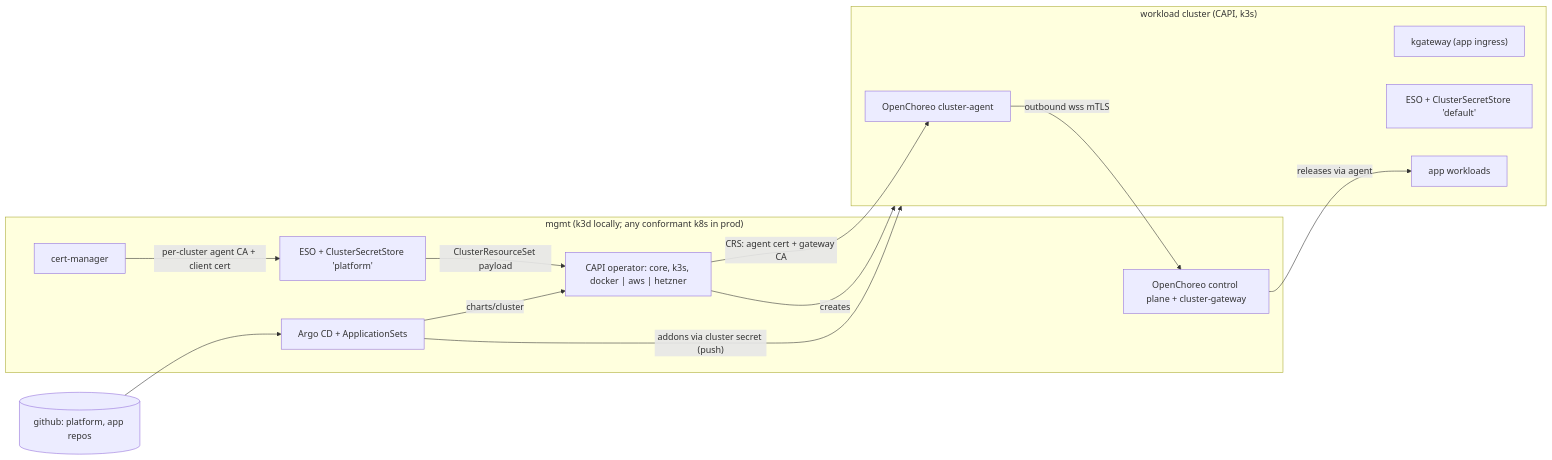
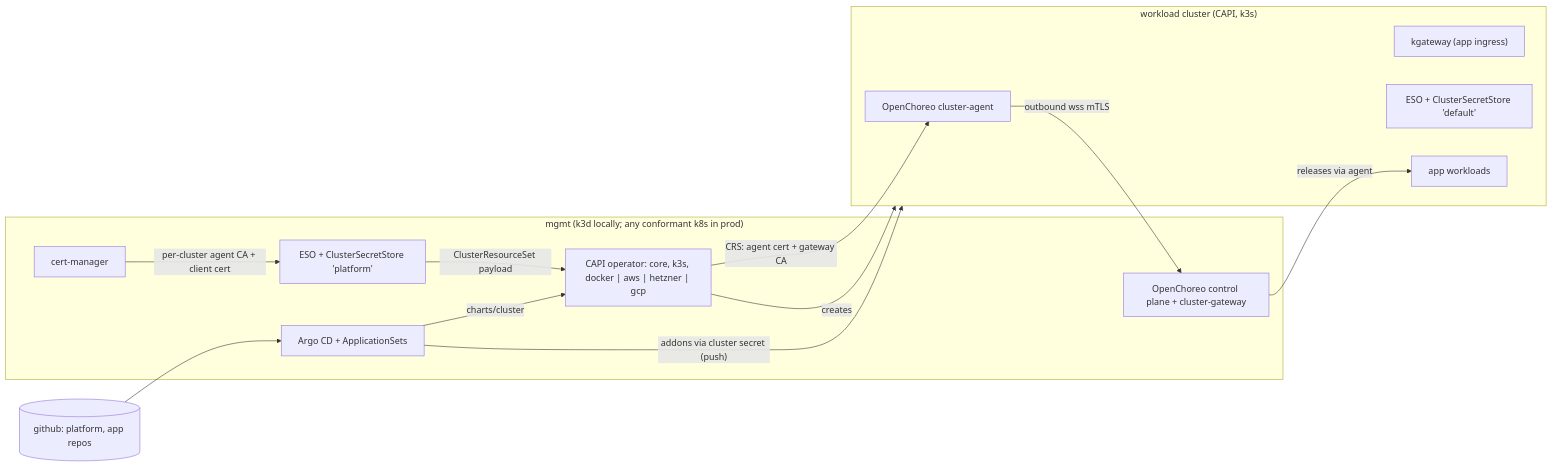
One commit to Sparky-stack/platform changed the diagram in docs/architecture.md. Above: the diagram before and after it, drawn with Mermaid. The commit also changed other lines of this file and 4 other files, not shown here.

````diff
--- a/docs/architecture.md
+++ b/docs/architecture.md
@@ -16,25 +16,25 @@
 ```mermaid
 flowchart LR
   git[(github: platform, app repos)]
   subgraph mgmt["mgmt (k3d locally; any conformant k8s in prod)"]
     argo["Argo CD + ApplicationSets"]
-    capi["CAPI operator: core, k3s, docker | aws | hetzner"]
+    capi["CAPI operator: core, k3s, docker | aws | hetzner | gcp"]
     eso["ESO + ClusterSecretStore 'platform'"]
     cm[cert-manager]
     occp["OpenChoreo control plane + cluster-gateway"]
   end
   subgraph wl["workload cluster <name> (CAPI, k3s)"]
     agent["OpenChoreo cluster-agent"]
     gw["kgateway (app ingress)"]
     weso["ESO + ClusterSecretStore 'default'"]
     apps["app workloads"]
   end
   git --> argo
   argo -->|"charts/cluster"| capi -->|"creates"| wl
   argo -->|"addons via cluster secret (push)"| wl
   cm -->|"per-cluster agent CA + client cert"| eso
   eso -->|"ClusterResourceSet payload"| capi
   capi -->|"CRS: agent cert + gateway CA"| agent
   agent -->|"outbound wss mTLS"| occp
   occp -->|"releases via agent"| apps
 ```
````
